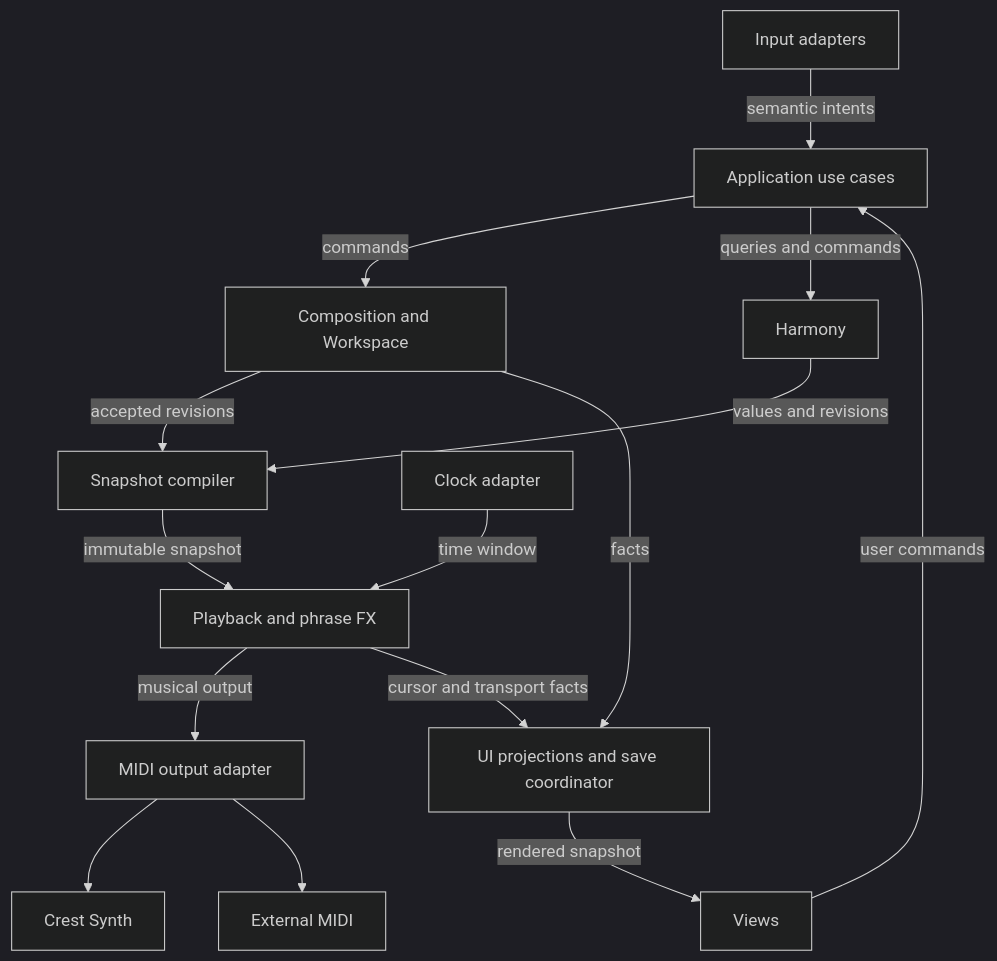
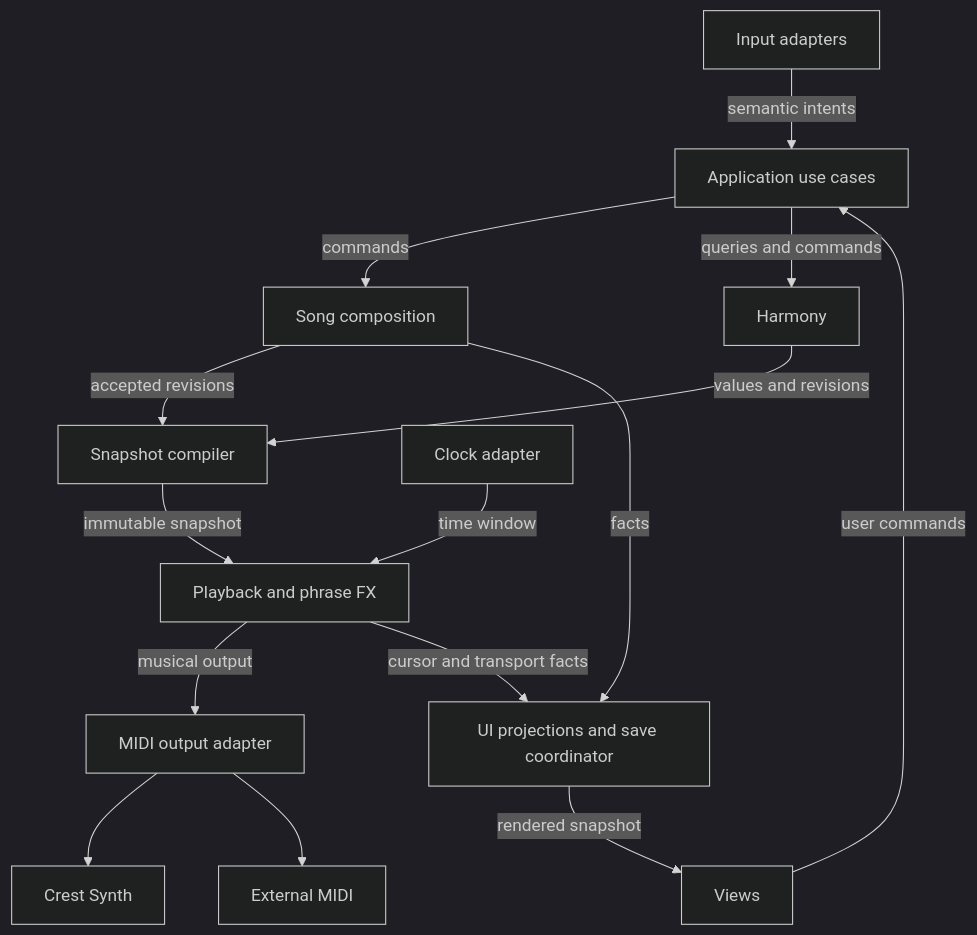
The diagram in event-map.md (crestenstclair/crest-tracker), drawn with Mermaid (dark theme) before and after one commit. The commit also changed other lines of this file and 26 other files, not shown here.

````diff
--- a/event-map.md
+++ b/event-map.md
@@ -7,17 +7,17 @@
 ```mermaid
 flowchart TD
   Input[Input adapters] -->|semantic intents| App[Application use cases]
-  App -->|commands| Composition[Composition and Workspace]
+  App -->|commands| Composition[Song composition]
   App -->|queries and commands| Harmony[Harmony]
   Composition -->|accepted revisions| Compile[Snapshot compiler]
   Harmony -->|values and revisions| Compile
   Compile -->|immutable snapshot| Playback[Playback and phrase FX]
   Clock[Clock adapter] -->|time window| Playback
   Playback -->|musical output| Bridge[MIDI output adapter]
   Bridge --> Synth[Crest Synth]
   Bridge --> External[External MIDI]
   Composition -->|facts| Projection[UI projections and save coordinator]
   Playback -->|cursor and transport facts| Projection
   Projection -->|rendered snapshot| View[Views]
   View -->|user commands| App
 ```
````
